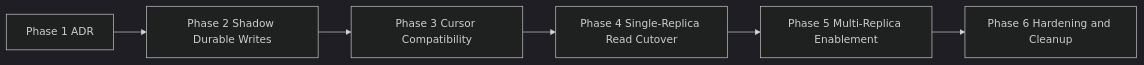
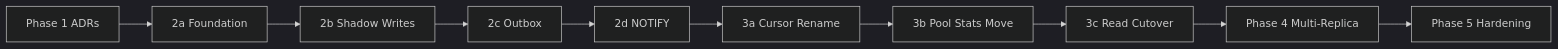
The diagram in docs/architecture/state-externalization-research/rollout-and-implementation.md (bojanrajkovic/atc), drawn with Mermaid (dark theme) before and after one commit. The commit also changed other lines of this file and 7 other files, not shown here.

First line of the commit message:
docs(adrs): accept Phase 1 ADRs for state externalization

````diff
--- a/docs/architecture/state-externalization-research/rollout-and-implementation.md
+++ b/docs/architecture/state-externalization-research/rollout-and-implementation.md
@@ -9,8 +15,12 @@
 ```mermaid
 flowchart LR
-  P1[Phase 1 ADR] --> P2[Phase 2 Shadow Durable Writes]
-  P2 --> P3[Phase 3 Cursor Compatibility]
-  P3 --> P4[Phase 4 Single-Replica Read Cutover]
-  P4 --> P5[Phase 5 Multi-Replica Enablement]
-  P5 --> P6[Phase 6 Hardening and Cleanup]
+  P1[Phase 1 ADRs] --> P2A[2a Foundation]
+  P2A --> P2B[2b Shadow Writes]
+  P2B --> P2C[2c Outbox]
+  P2C --> P2D[2d NOTIFY]
+  P2D --> P3A[3a Cursor Rename]
+  P3A --> P3B[3b Pool Stats Move]
+  P3B --> P3C[3c Read Cutover]
+  P3C --> P4[Phase 4 Multi-Replica]
+  P4 --> P5[Phase 5 Hardening]
 ```
````
